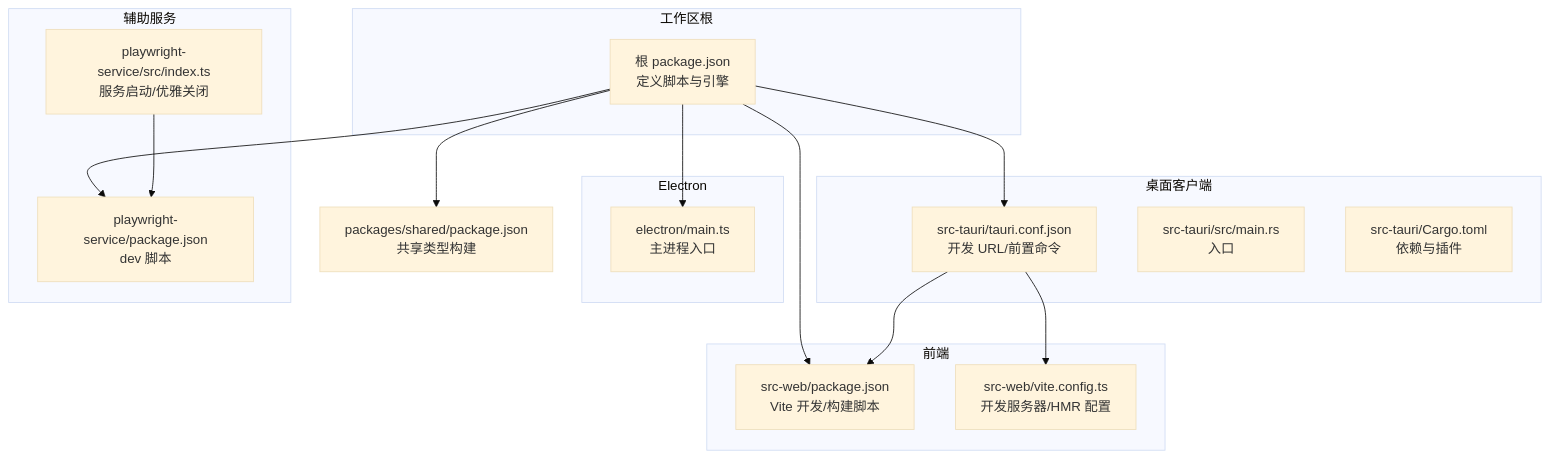
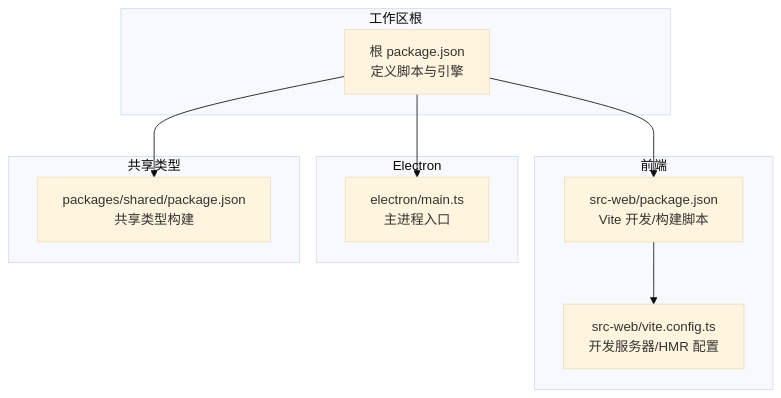
The first of 6 diagrams in .qoder/repowiki/zh/content/开发指南/开发流程.md (baike08/cosurf), drawn with Mermaid (base theme) before and after one commit. The commit also changed other lines of this file and 15 other files, not shown here.

````diff
--- a/.qoder/repowiki/zh/content/开发指南/开发流程.md
+++ b/.qoder/repowiki/zh/content/开发指南/开发流程.md
@@ -48,31 +51,20 @@
 ```mermaid
 graph TB
 subgraph "工作区根"
 RootPkg["根 package.json<br/>定义脚本与引擎"]
 end
 subgraph "前端"
 WebPkg["src-web/package.json<br/>Vite 开发/构建脚本"]
 ViteCfg["src-web/vite.config.ts<br/>开发服务器/HMR 配置"]
 end
-subgraph "桌面客户端"
-TauriConf["src-tauri/tauri.conf.json<br/>开发 URL/前置命令"]
-TauriMain["src-tauri/src/main.rs<br/>入口"]
-TauriCargo["src-tauri/Cargo.toml<br/>依赖与插件"]
-end
 subgraph "Electron"
 ElectronMain["electron/main.ts<br/>主进程入口"]
 end
-subgraph "辅助服务"
-PWPackage["playwright-service/package.json<br/>dev 脚本"]
-PWIndex["playwright-service/src/index.ts<br/>服务启动/优雅关闭"]
+subgraph "共享类型"
+SharedPkg["packages/shared/package.json<br/>共享类型构建"]
 end
-SharedPkg["packages/shared/package.json<br/>共享类型构建"]
 RootPkg --> WebPkg
-RootPkg --> TauriConf
-RootPkg --> PWPackage
 RootPkg --> SharedPkg
 RootPkg --> ElectronMain
-TauriConf --> ViteCfg
-TauriConf --> WebPkg
-PWIndex --> PWPackage
+WebPkg --> ViteCfg
 ```
````
